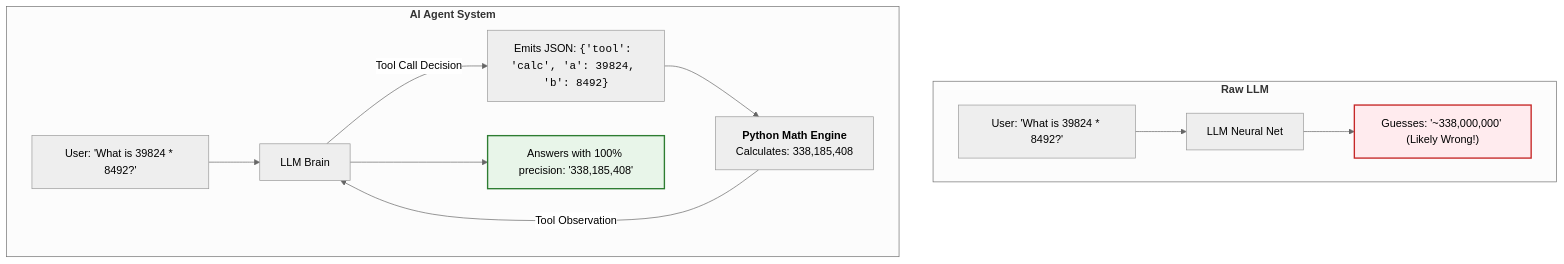
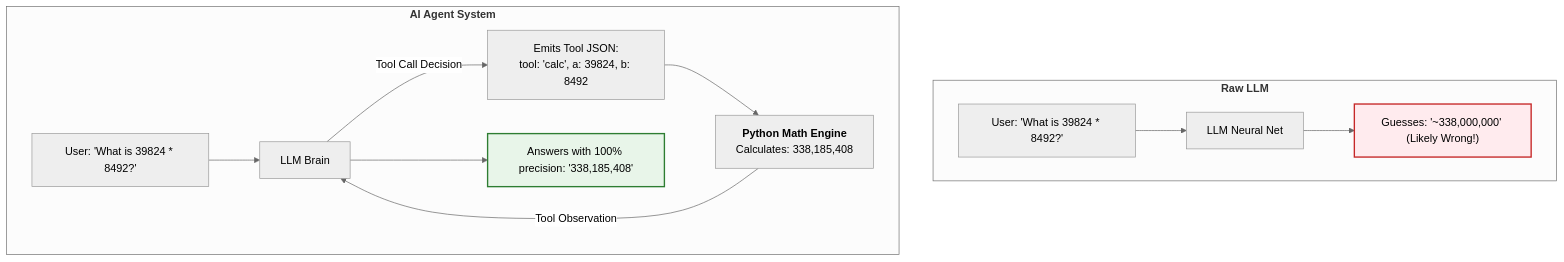
The diagram in Local Agentic AI - Hands-on with Ollama and Gemma/08_qa_and_doubt_clearing/002-what-is-an-ai-agent-vs-raw-llm.md (wrt2sanjoy/claude-certifications-hub), drawn with Mermaid (neutral theme) before and after one commit. The commit also changed 1 other file, not shown here.

Commit message:
fix: resolve mermaid syntax error in Lab 2 diagram

````diff
--- a/Local Agentic AI - Hands-on with Ollama and Gemma/08_qa_and_doubt_clearing/002-what-is-an-ai-agent-vs-raw-llm.md
+++ b/Local Agentic AI - Hands-on with Ollama and Gemma/08_qa_and_doubt_clearing/002-what-is-an-ai-agent-vs-raw-llm.md
@@ -39,18 +39,18 @@
 ```mermaid
 flowchart TD
     subgraph RawLLM["<b>Raw LLM</b>"]
         U1["User: 'What is 39824 * 8492?'"] --> M1["LLM Neural Net"]
         M1 --> A1["Guesses: '~338,000,000' (Likely Wrong!)"]
     end
 
     subgraph AgentLoop["<b>AI Agent System</b>"]
         U2["User: 'What is 39824 * 8492?'"] --> M2["LLM Brain"]
-        M2 -->|"Tool Call Decision"| Call["Emits JSON: <code>{'tool': 'calc', 'a': 39824, 'b': 8492}</code>"]
+        M2 -->|"Tool Call Decision"| Call["Emits Tool JSON:<br/>tool: 'calc', a: 39824, b: 8492"]
         Call --> Python["<b>Python Math Engine</b><br/>Calculates: 338,185,408"]
         Python -->|"Tool Observation"| M2
         M2 --> A2["Answers with 100% precision: '338,185,408'"]
     end
 
     style A1 fill:#ffebee,stroke:#c62828,stroke-width:2px;
     style A2 fill:#e8f5e9,stroke:#2e7d32,stroke-width:2px;
 ```
````
